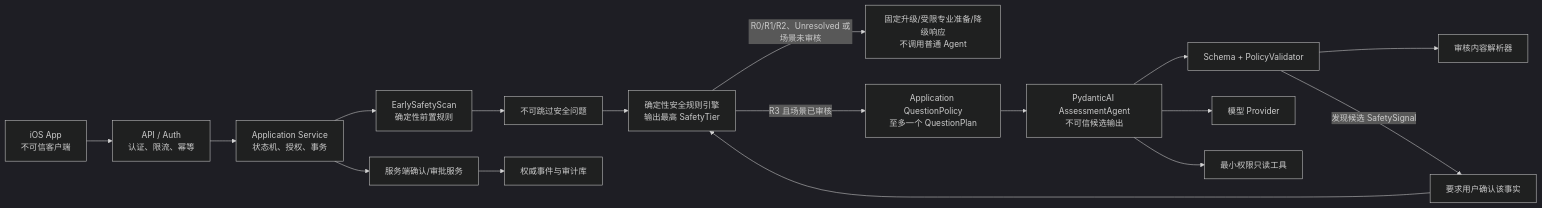
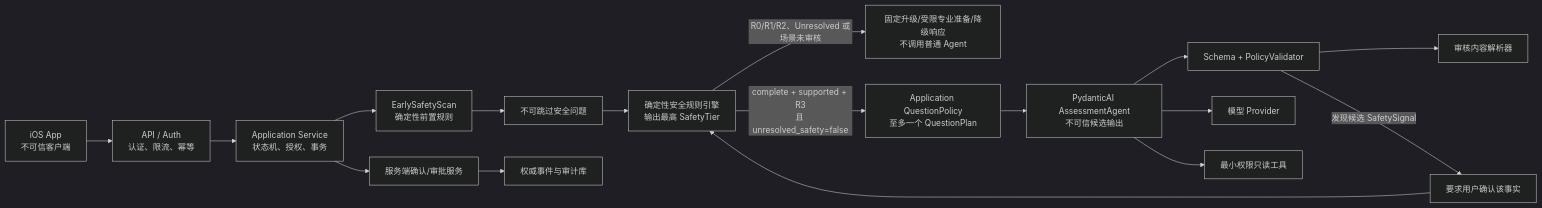
The first of 2 diagrams in docs/05_AGENT_ARCHITECTURE.md (liudejua27-blip/doctor), drawn with Mermaid (dark theme) before and after one commit. The commit also changed other lines of this file and 16 other files, not shown here.

Commit message:
docs: define safe deterministic question planning

````diff
--- a/docs/05_AGENT_ARCHITECTURE.md
+++ b/docs/05_AGENT_ARCHITECTURE.md
@@ -106,19 +106,19 @@
 ```mermaid
 flowchart LR
     IOS["iOS App\n不可信客户端"] --> API["API / Auth\n认证、限流、幂等"]
     API --> APP["Application Service\n状态机、授权、事务"]
     APP --> PRE["EarlySafetyScan\n确定性前置规则"]
     PRE --> QUESTIONS["不可跳过安全问题"]
     QUESTIONS --> SAFE["确定性安全规则引擎\n输出最高 SafetyTier"]
     SAFE -->|"R0/R1/R2、Unresolved 或场景未审核"| FIXED["固定升级/受限专业准备/降级响应\n不调用普通 Agent"]
-    SAFE -->|"R3 且场景已审核"| PLAN["Application QuestionPolicy\n至多一个 QuestionPlan"]
+    SAFE -->|"complete + supported + R3\n且 unresolved_safety=false"| PLAN["Application QuestionPolicy\n至多一个 QuestionPlan"]
     PLAN --> AGENT["PydanticAI AssessmentAgent\n不可信候选输出"]
     AGENT --> POST["Schema + PolicyValidator"]
     POST --> CONTENT["审核内容解析器"]
     POST -->|"发现候选 SafetySignal"| RECHECK["要求用户确认该事实"]
     RECHECK --> SAFE
     APP --> APPROVAL["服务端确认/审批服务"]
     APPROVAL --> DB["权威事件与审计库"]
     AGENT --> PROVIDER["模型 Provider"]
     AGENT --> READS["最小权限只读工具"]
 ```
````
